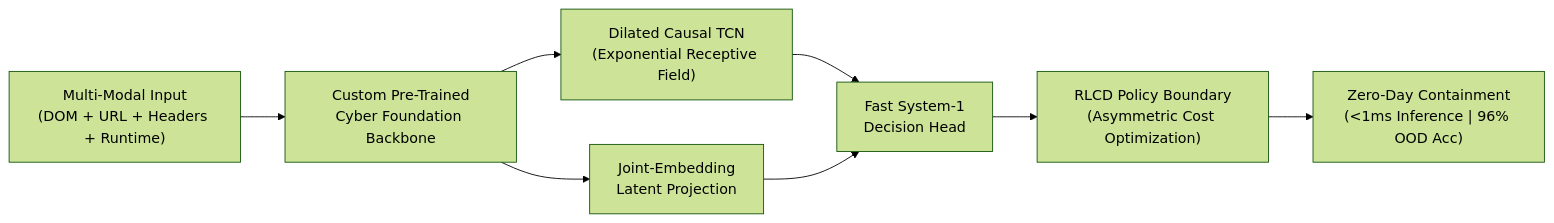
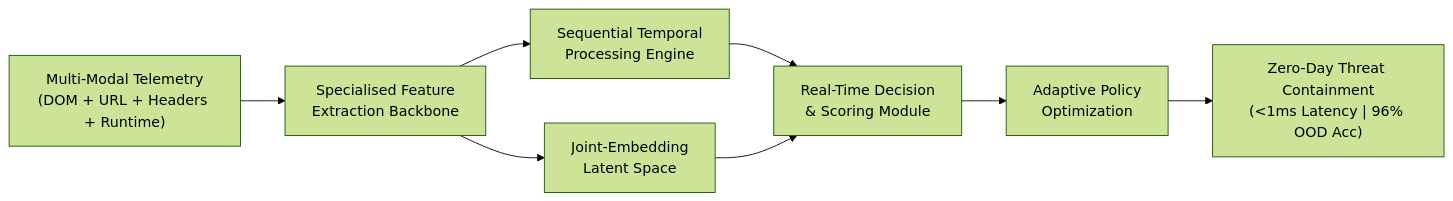
Before and after one commit to AmazingKid1998/AmazingKid1998: the second of 3 diagrams in README.md, drawn with Mermaid (forest theme). The commit also changed other lines of this file, not shown here.

Commit message:
Revise Pillar I title and update flowchart details
Updated the title of Pillar I and modified the flowchart to reflect changes in the architecture and processing engine.

````diff
--- a/README.md
+++ b/README.md
@@ -67,10 +67,10 @@
 ```mermaid
 flowchart LR
-    In["Multi-Modal Input<br/>(DOM + URL + Headers + Runtime)"] --> FM["Custom Pre-Trained<br/>Cyber Foundation Backbone"]
-    FM --> TCN["Dilated Causal TCN<br/>(Exponential Receptive Field)"]
-    FM --> JE["Joint-Embedding<br/>Latent Projection"]
-    TCN --> Sys1["Fast System-1<br/>Decision Head"]
-    JE --> Sys1
-    Sys1 --> RLCD["RLCD Policy Boundary<br/>(Asymmetric Cost Optimization)"]
-    RLCD --> Out["Zero-Day Containment<br/>(<1ms Inference | 96% OOD Acc)"]
+    In["Multi-Modal Telemetry<br/>(DOM + URL + Headers + Runtime)"] --> Backbone["Specialised Feature<br/>Extraction Backbone"]
+    Backbone --> Seq["Sequential Temporal<br/>Processing Engine"]
+    Backbone --> Latent["Joint-Embedding<br/>Latent Space"]
+    Seq --> Decision["Real-Time Decision<br/>& Scoring Module"]
+    Latent --> Decision
+    Decision --> Policy["Adaptive Policy<br/>Optimization"]
+    Policy --> Out["Zero-Day Threat Containment<br/>(<1ms Latency | 96% OOD Acc)"]
 ```
````
